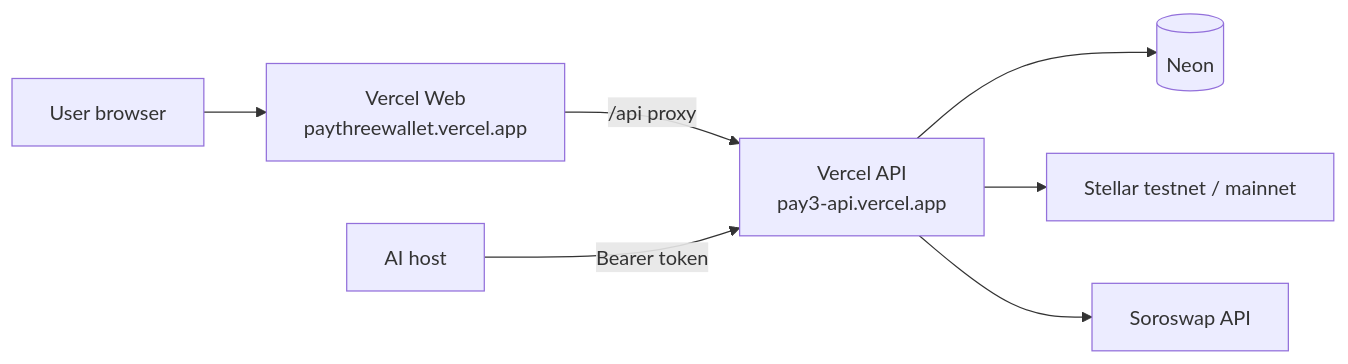
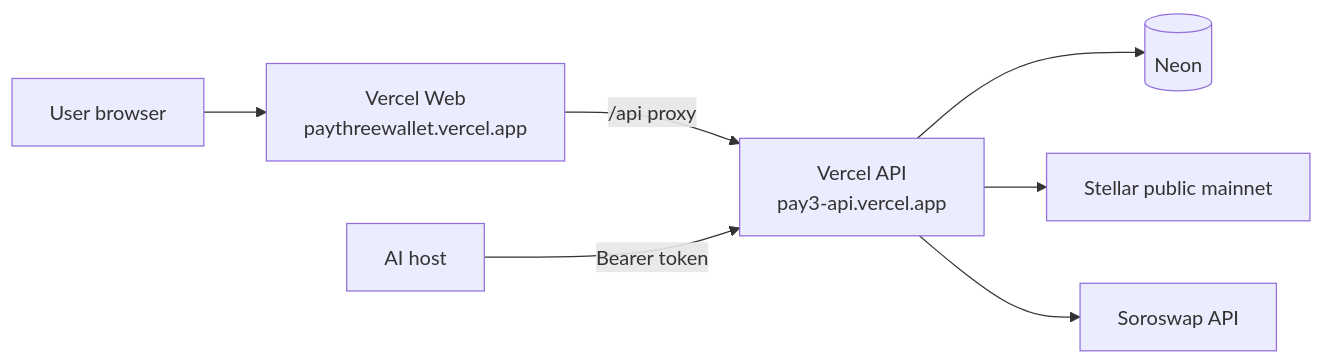
The second of 4 diagrams in README.md (debuuuuuu/PAY3), drawn with Mermaid before and after one commit. The commit also changed other lines of this file and 1 other file, not shown here.

First line of the commit message:
Update README for mainnet live, traction, and pitch deck.

````diff
--- a/README.md
+++ b/README.md
@@ -177,9 +244,9 @@
 ```mermaid
 flowchart LR
   U[User browser] --> VWeb[Vercel Web<br/>paythreewallet.vercel.app]
   VWeb -->|/api proxy| VApi[Vercel API<br/>pay3-api.vercel.app]
   AI[AI host] -->|Bearer token| VApi
   VApi --> Neon[(Neon)]
-  VApi --> Stellar[Stellar testnet / mainnet]
+  VApi --> Stellar[Stellar public mainnet]
   VApi --> Soro[Soroswap API]
 ```
````
